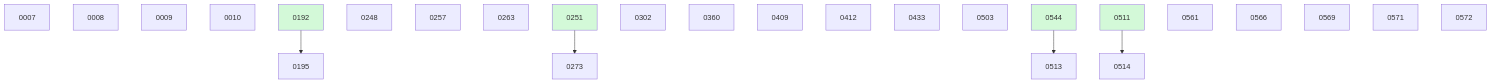
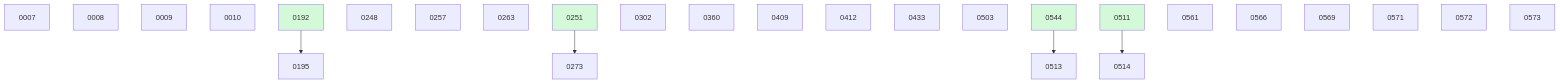
The diagram in docs/changes/BOARD.md (danielhanold/docket), drawn with Mermaid before and after one commit. The commit also changed other lines of this file and 1 other file, not shown here.

````diff
--- a/docs/changes/BOARD.md
+++ b/docs/changes/BOARD.md
@@ -37,30 +38,31 @@
 ```mermaid
 graph TD
   0007
   0008
   0009
   0010
   0192 --> 0195
   0248
   0257
   0263
   0251 --> 0273
   0302
   0360
   0409
   0412
   0433
   0503
   0544 --> 0513
   0511 --> 0514
   0561
   0566
   0569
   0571
   0572
+  0573
   0192:::done
   0251:::done
   0511:::done
   0544:::done
   classDef done fill:#d3f9d8;
 ```
````
